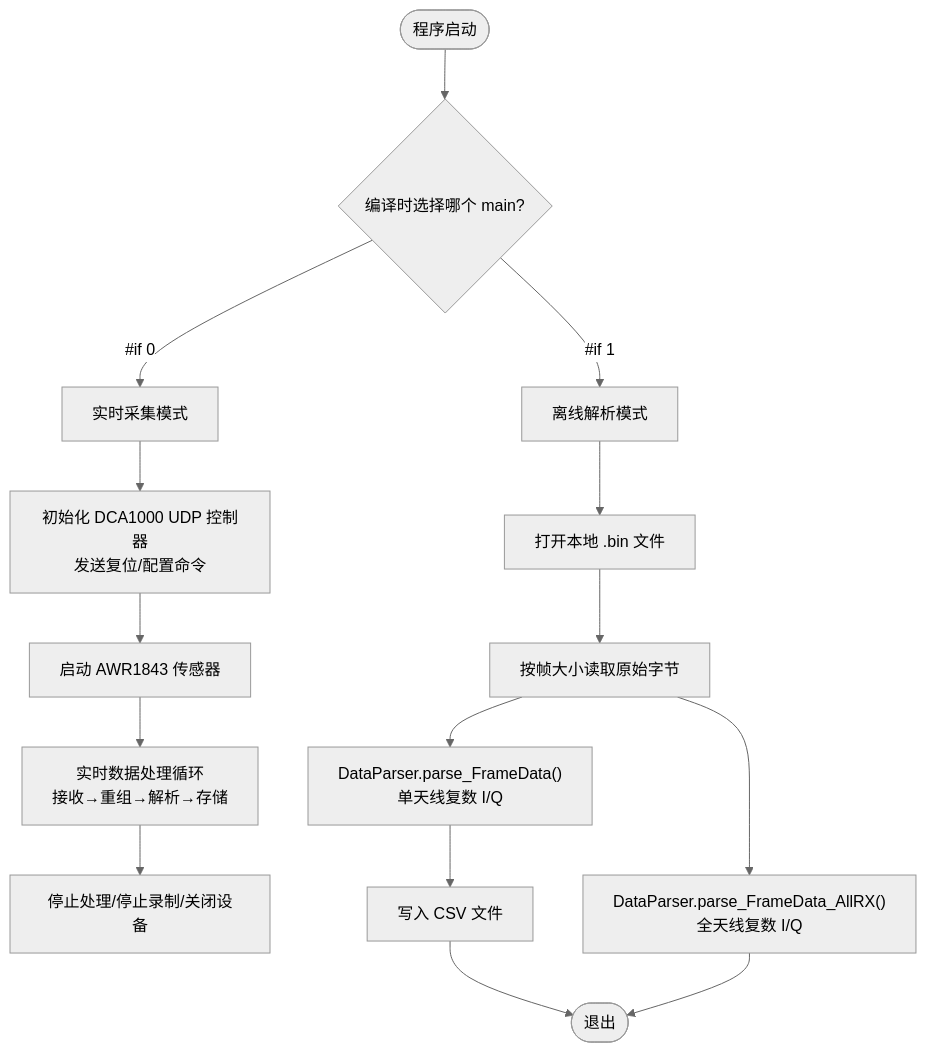
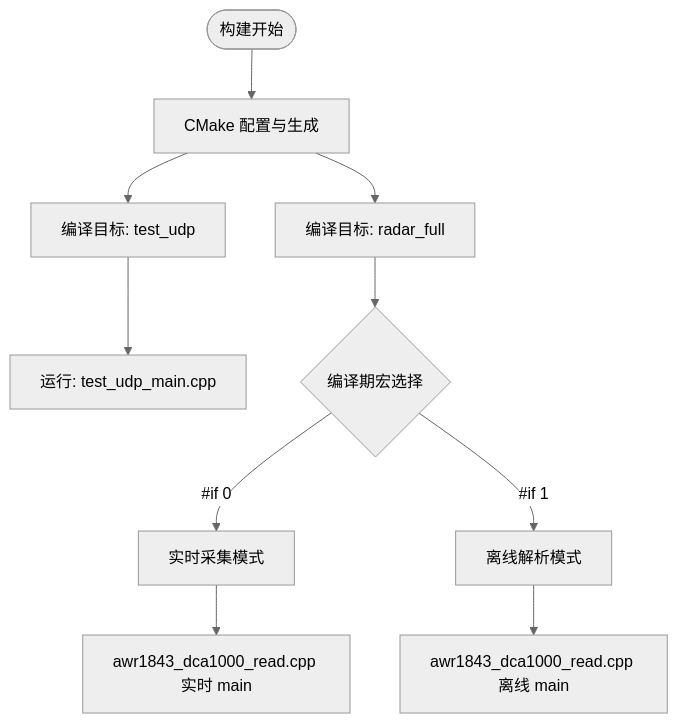
The second of 5 diagrams in .qoder/repowiki/zh/content/构建系统与运行入口.md (Lukad77/awr1843-radar-toolkit), drawn with Mermaid (neutral theme) before and after one commit. The commit also changed other lines of this file and 106 other files, not shown here.

````diff
--- a/.qoder/repowiki/zh/content/构建系统与运行入口.md
+++ b/.qoder/repowiki/zh/content/构建系统与运行入口.md
@@ -226,17 +71,12 @@
 ```mermaid
 flowchart TD
-Start(["程序启动"]) --> Mode{"编译时选择哪个 main?"}
-Mode --> |#if 0| Realtime["实时采集模式"]
-Mode --> |#if 1| Offline["离线解析模式"]
-Realtime --> InitDCA["初始化 DCA1000 UDP 控制器<br/>发送复位/配置命令"]
-InitDCA --> StartSensor["启动 AWR1843 传感器"]
-StartSensor --> ProcLoop["实时数据处理循环<br/>接收→重组→解析→存储"]
-ProcLoop --> StopProc["停止处理/停止录制/关闭设备"]
-Offline --> OpenBin["打开本地 .bin 文件"]
-OpenBin --> ReadFrame["按帧大小读取原始字节"]
-ReadFrame --> ParseSingle["DataParser.parse_FrameData()<br/>单天线复数 I/Q"]
-ParseSingle --> WriteCSV["写入 CSV 文件"]
-ReadFrame --> ParseAllRX["DataParser.parse_FrameData_AllRX()<br/>全天线复数 I/Q"]
-WriteCSV --> End(["退出"])
-ParseAllRX --> End
+Start(["构建开始"]) --> CMakeCfg["CMake 配置与生成"]
+CMakeCfg --> BuildTUDP["编译目标: test_udp"]
+CMakeCfg --> BuildRFULL["编译目标: radar_full"]
+BuildTUDP --> RunTUDP["运行: test_udp_main.cpp"]
+BuildRFULL --> ModeSel{"编译期宏选择"}
+ModeSel --> |#if 0| Realtime["实时采集模式"]
+ModeSel --> |#if 1| Offline["离线解析模式"]
+Realtime --> RTMain["awr1843_dca1000_read.cpp 实时 main"]
+Offline --> OFMain["awr1843_dca1000_read.cpp 离线 main"]
 ```
````
